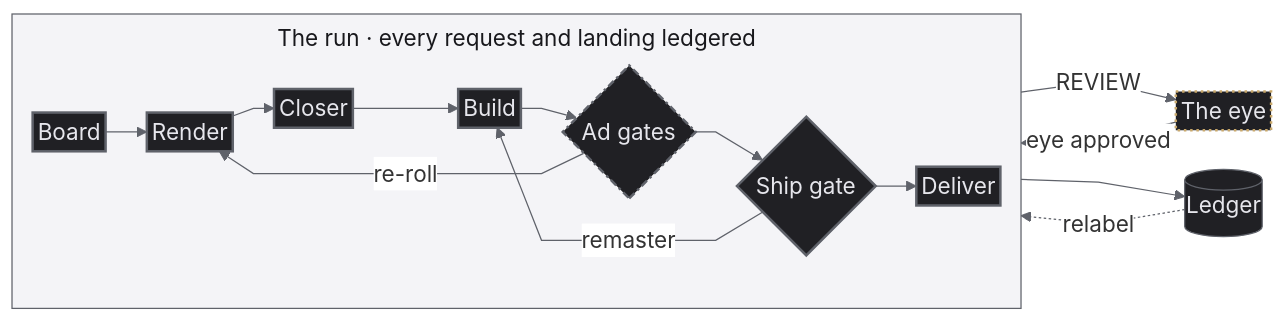
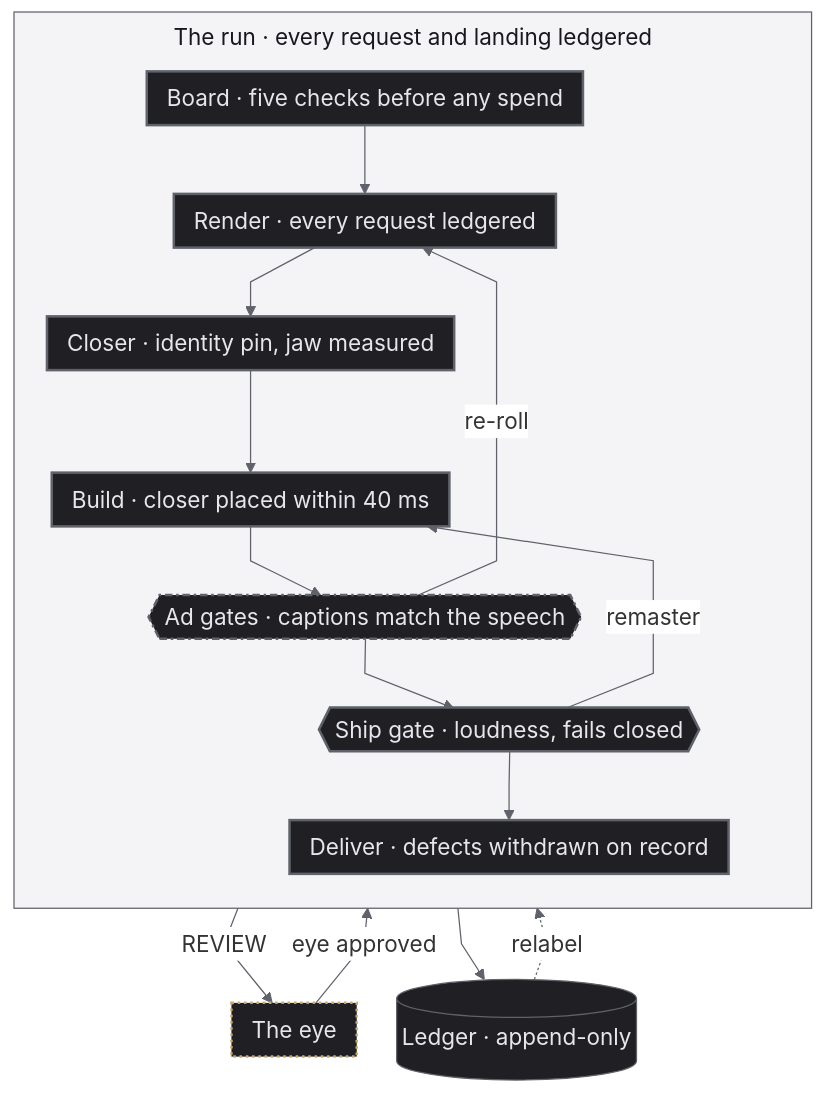
One commit to jameswniu/ad-creative-pipeline-multimodal-evals changed the diagram in README.md. Above: the diagram before and after it, drawn with Mermaid. The commit also changed other lines of this file and 1 other file, not shown here.

Commit message:
Run the loop graph top to bottom, each step carrying the line it must clear, and start every table cell with a capital

````diff
--- a/README.md
+++ b/README.md
@@ -320,32 +321,31 @@
 ```mermaid
-%%{init: {'flowchart': {'curve': 'linear', 'nodeSpacing': 20, 'rankSpacing': 8, 'padding': 2, 'subGraphTitleMargin': {'top': 6, 'bottom': 14}}, 'themeVariables': {'fontSize': '18px', 'lineColor': '#5f626a', 'edgeLabelBackground': '#ffffff', 'clusterBkg': '#f4f4f7', 'clusterBorder': '#5f626a', 'titleColor': '#18181c'}}}%%
-flowchart LR
-    L[("Ledger")]
-    L -.->|"relabel"| B
-
+%%{init: {'flowchart': {'curve': 'linear', 'nodeSpacing': 20, 'rankSpacing': 30, 'padding': 8, 'diagramPadding': 4, 'wrappingWidth': 520, 'subGraphTitleMargin': {'top': 6, 'bottom': 14}}, 'themeVariables': {'fontSize': '18px', 'lineColor': '#5f626a', 'edgeLabelBackground': '#ffffff', 'clusterBkg': '#f4f4f7', 'clusterBorder': '#5f626a', 'titleColor': '#18181c'}}}%%
+flowchart TD
     subgraph RUN["The run · every request and landing ledgered"]
-        direction LR
-        B["Board"] --> R["Render"] --> C["Closer"] --> BU["Build"] --> AG{"Ad gates"} --> SG{"Ship gate"} --> D["Deliver"]
+        direction TB
+        B["Board · five checks before any spend"] --> R["Render · every request ledgered"] --> C["Closer · identity pin, jaw measured"] --> BU["Build · closer placed within 40 ms"] --> AG{{"Ad gates · captions match the speech"}} --> SG{{"Ship gate · loudness, fails closed"}} --> D["Deliver · defects withdrawn on record"]
     end
 
     EYE["The eye"]
+    L[("Ledger · append-only")]
 
     AG -->|"re-roll"| R
+    SG -->|"remaster"| BU
+    EYE -->|"eye approved"| SG
     AG -->|"REVIEW"| EYE
-    EYE -->|"eye approved"| AG
-    SG -->|"remaster"| BU
     D --> L
+    L -.->|"relabel"| B
 
     classDef run fill:#202024,stroke:#5f626a,color:#e6e6ec
     classDef process fill:#202024,stroke:#5f626a,stroke-width:2px,color:#e6e6ec
     classDef outcome fill:#202024,stroke:#5f626a,stroke-width:2px,stroke-dasharray:6 3,color:#e6e6ec
     classDef quality fill:#202024,stroke:#c9a86a,stroke-width:2px,stroke-dasharray:2 3,color:#e6e6ec
     classDef shared fill:#202024,stroke:#5f626a,stroke-width:2px,stroke-dasharray:6 3 2 3,color:#e6e6ec
     class L run
     class B,R,C,BU,SG,D process
     class AG outcome
     class AG quality
     class AG shared
     class EYE quality
     style RUN fill:#f4f4f7,stroke:#5f626a,color:#18181c
 ```
````
